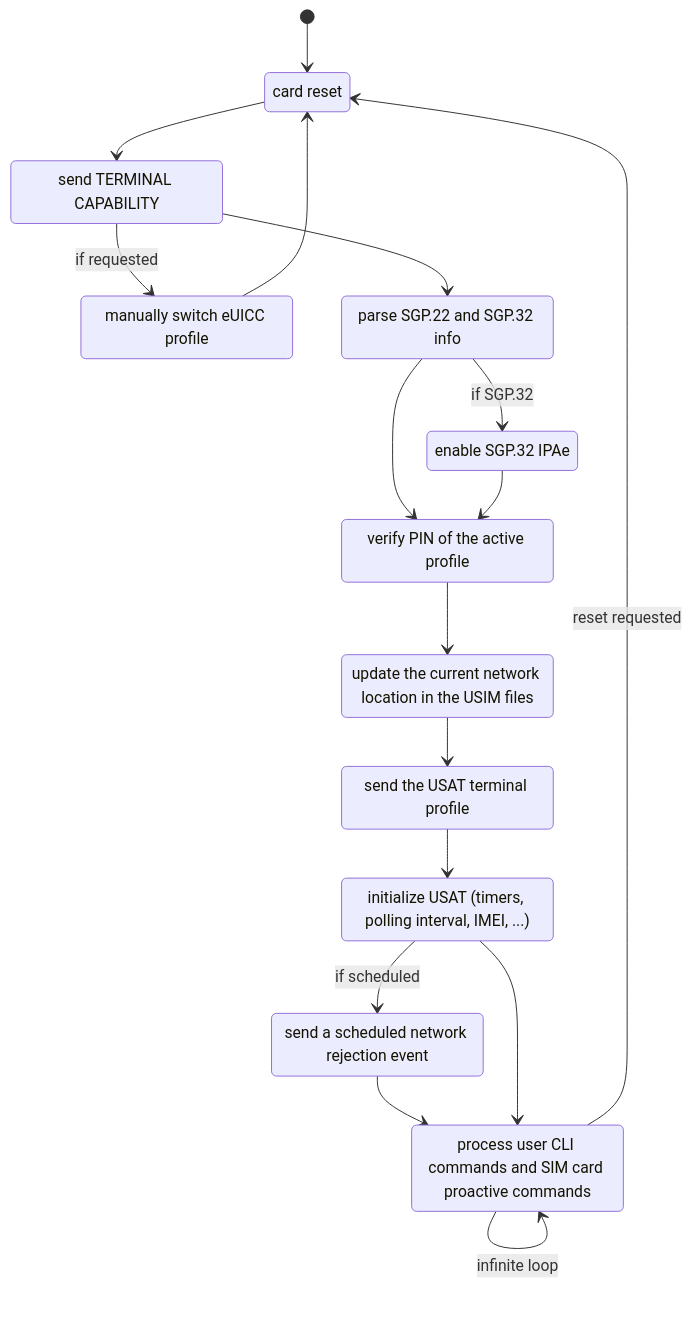
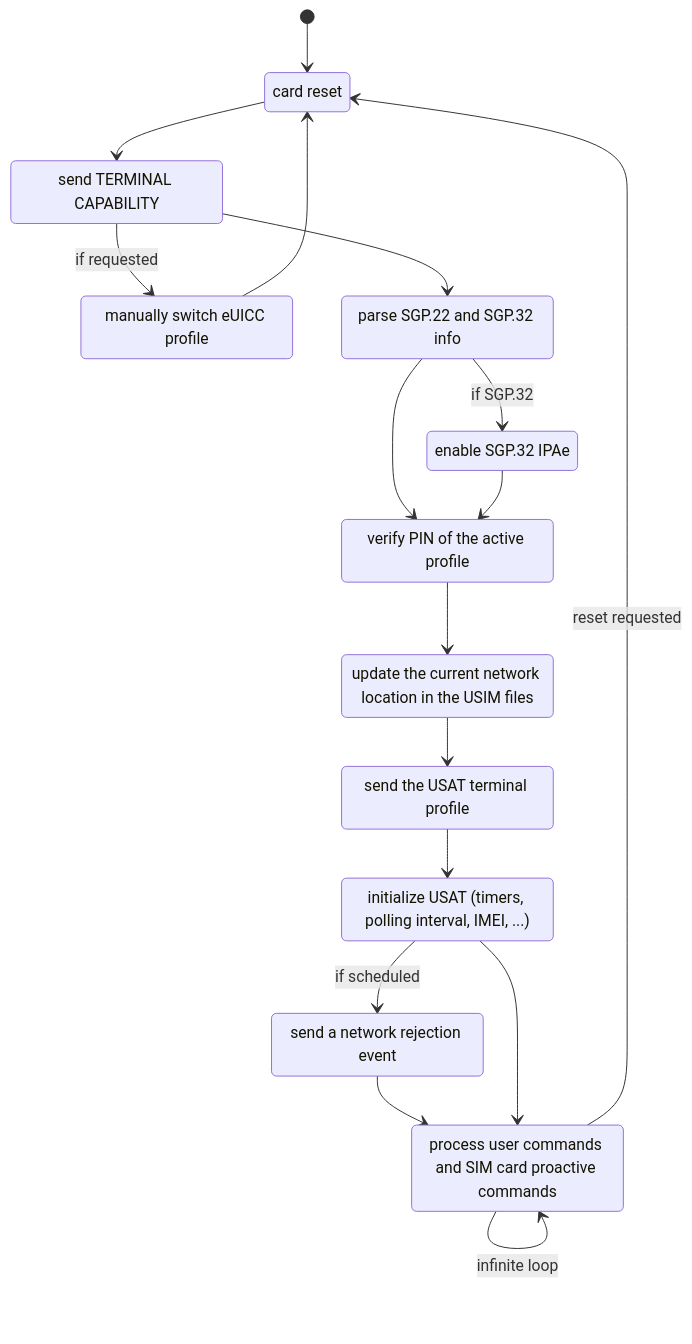
One commit to suut/bip-emulator changed the diagram in README.md. Above: the diagram before and after it, drawn with Mermaid. The commit also changed other lines of this file and 1 other file, not shown here.

````diff
--- a/README.md
+++ b/README.md
@@ -16,31 +64,31 @@
 ```mermaid
 stateDiagram-v2
     [*] --> CardReset
     CardReset --> SendTCaps
     SendTCaps --> SwitchProfile: if requested
     SwitchProfile --> CardReset
     SendTCaps --> ParseSGP2232Info
     ParseSGP2232Info --> EnableIPAe: if SGP.32
     ParseSGP2232Info --> VerifyPIN
     EnableIPAe --> VerifyPIN
     VerifyPIN --> UpdateNetworkLocation
     UpdateNetworkLocation --> SendTerminalProfile
     SendTerminalProfile --> InitializeUSAT
     InitializeUSAT --> SendNetworkRejection: if scheduled
     SendNetworkRejection --> ProcessCardCommands
     InitializeUSAT --> ProcessCardCommands
     ProcessCardCommands --> CardReset: reset requested
     ProcessCardCommands --> ProcessCardCommands: infinite loop
     
     CardReset: card reset
     SendTCaps: send TERMINAL CAPABILITY
     SwitchProfile: manually switch eUICC profile
     ParseSGP2232Info: parse SGP.22 and SGP.32 info
     EnableIPAe: enable SGP.32 IPAe
     VerifyPIN: verify PIN of the active profile
     UpdateNetworkLocation: update the current network location in the USIM files
     SendTerminalProfile: send the USAT terminal profile
     InitializeUSAT: initialize USAT (timers, polling interval, IMEI, ...)
-    SendNetworkRejection: send a scheduled network rejection event
-    ProcessCardCommands: process user CLI commands and SIM card proactive commands
+    SendNetworkRejection: send a network rejection event
+    ProcessCardCommands: process user commands and SIM card proactive commands
 ```
````
